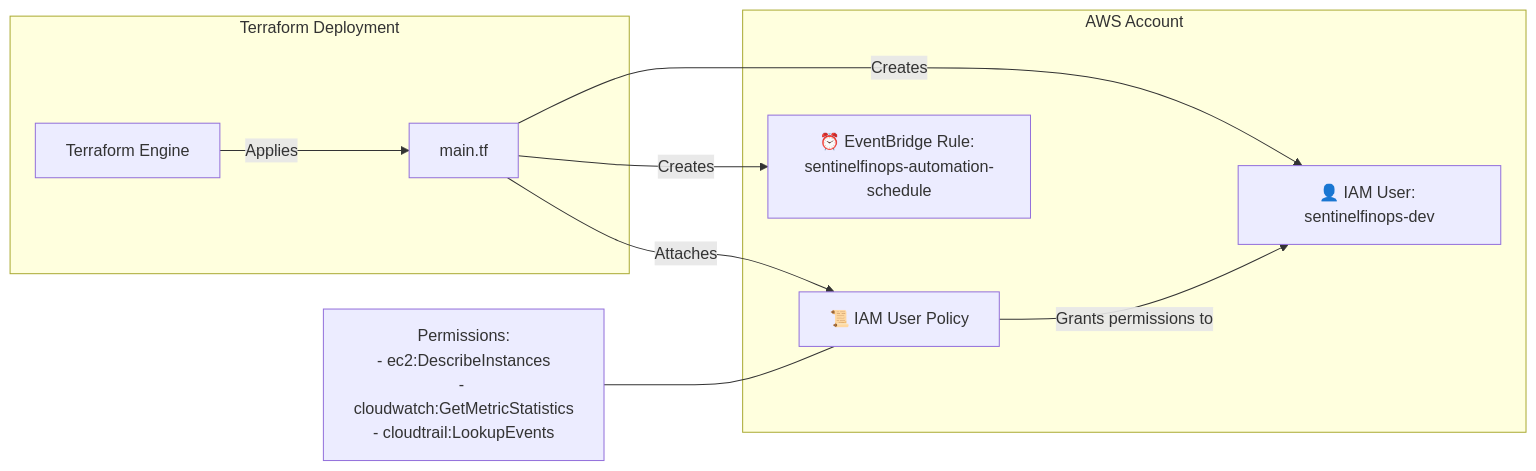
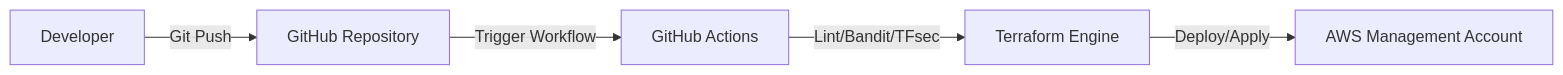
The first of 4 diagrams in ARCHITECTURE.md (VaishnavSreekumar/sentinelfinops), drawn with Mermaid before and after one commit. The commit also changed other lines of this file and 32 other files, not shown here.

````diff
--- a/ARCHITECTURE.md
+++ b/ARCHITECTURE.md
@@ -179,15 +23,7 @@
 ```mermaid
 graph LR
-    subgraph IaC["Terraform Deployment"]
-        TF["Terraform Engine"] -->|Applies| MainTF["main.tf"]
-    end
-
-    subgraph ProvisionedResources["AWS Account"]
-        MainTF -->|Creates| IAMUser["👤 IAM User: sentinelfinops-dev"]
-        MainTF -->|Attaches| IAMPolicy["📜 IAM User Policy"]
-        MainTF -->|Creates| EBRule["⏰ EventBridge Rule: sentinelfinops-automation-schedule"]
-    end
-
-    IAMPolicy -->|Grants permissions to| IAMUser
-    IAMPolicyNote["Permissions:<br/>- ec2:DescribeInstances<br/>- cloudwatch:GetMetricStatistics<br/>- cloudtrail:LookupEvents"] --- IAMPolicy
+    Dev["Developer"] -->|Git Push| GitHub["GitHub Repository"]
+    GitHub -->|Trigger Workflow| Actions["GitHub Actions"]
+    Actions -->|Lint/Bandit/TFsec| TF["Terraform Engine"]
+    TF -->|Deploy/Apply| AWS["AWS Management Account"]
 ```
````
